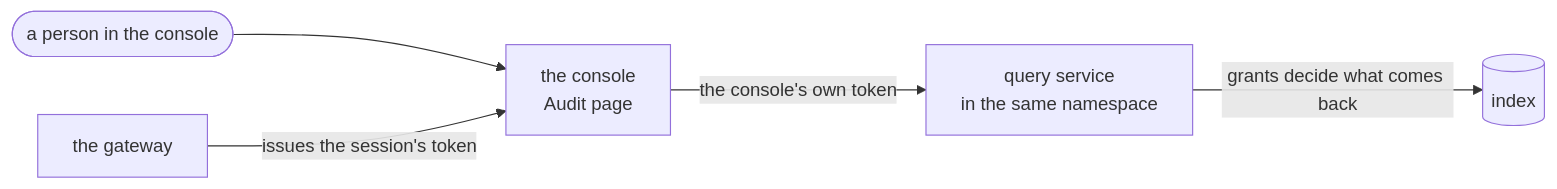
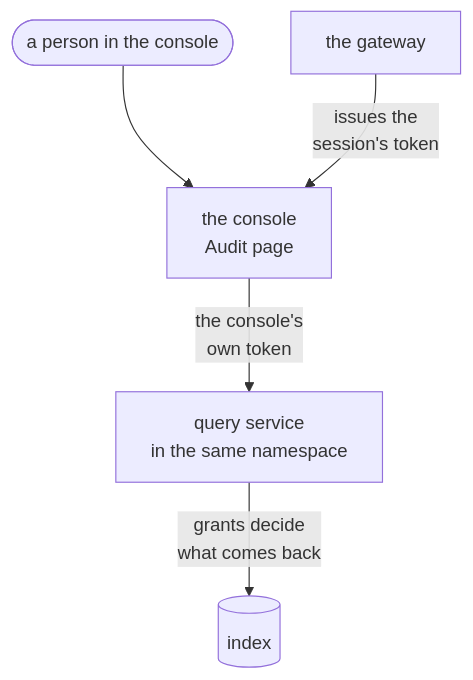
Before and after one commit to truvity/sluis: the diagram in docs/audit/how-to/connect-an-application.md, drawn with Mermaid. The commit also changed 39 other files, not shown here.

First line of the commit message:
docs: links, one checker, diagrams at natural size, and the loose ends of the other passes

````diff
--- a/docs/audit/how-to/connect-an-application.md
+++ b/docs/audit/how-to/connect-an-application.md
@@ -228,7 +228,7 @@
 ```mermaid
-flowchart LR
+flowchart TB
   P(["a person in the console"]) --> B["the console<br/>Audit page"]
-  GW["the gateway"] -- "issues the session's token" --> B
-  B -- "the console's own token" --> Q["query service<br/>in the same namespace"]
-  Q -- "grants decide what comes back" --> PG[("index")]
+  GW["the gateway"] -- "issues the<br/>session's token" --> B
+  B -- "the console's<br/>own token" --> Q["query service<br/>in the same namespace"]
+  Q -- "grants decide<br/>what comes back" --> PG[("index")]
 ```
````
